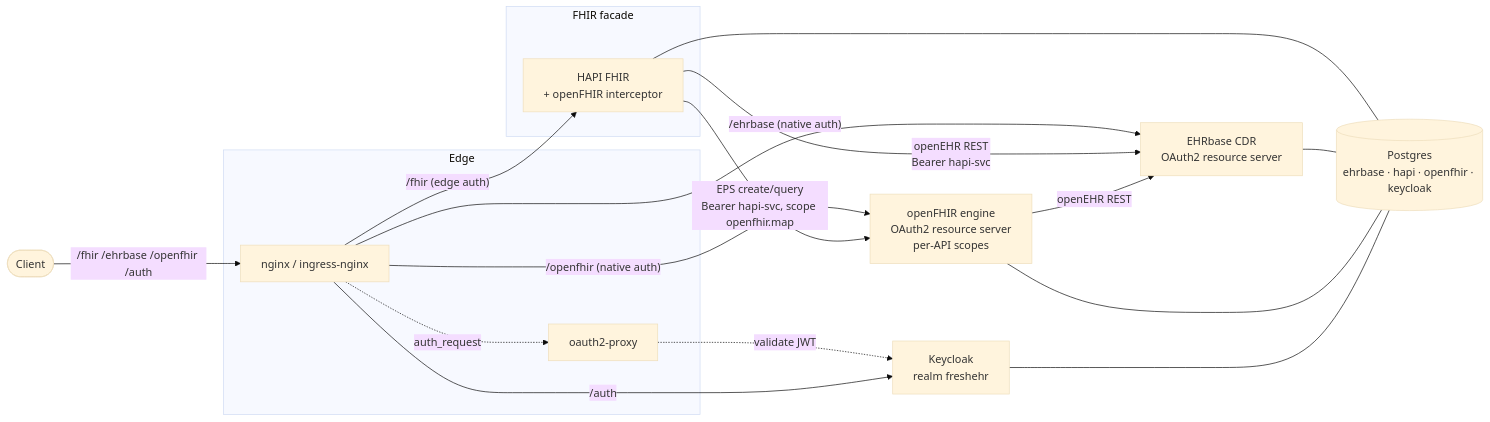
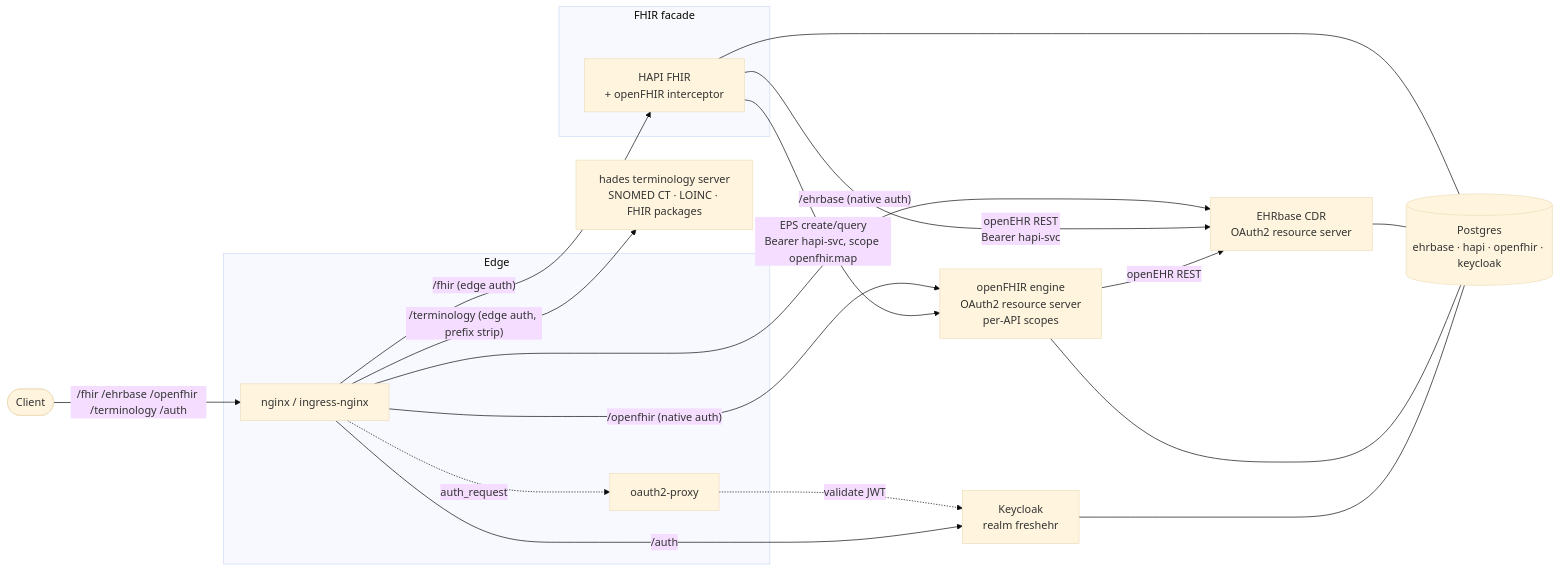
Before and after one commit to joostholslag/Open-health-stack: the diagram in README.md, drawn with Mermaid (base theme). The commit also changed other lines of this file and 20 other files, not shown here.

````diff
--- a/README.md
+++ b/README.md
@@ -33,30 +33,32 @@
 ```mermaid
 flowchart LR
     client([Client])
     subgraph edge[Edge]
         nginx[nginx / ingress-nginx]
         o2p[oauth2-proxy]
     end
     subgraph fhir[FHIR facade]
         hapi[HAPI FHIR<br/>+ openFHIR interceptor]
     end
     kc[Keycloak<br/>realm freshehr]
     openfhir[openFHIR engine<br/>OAuth2 resource server<br/>per-API scopes]
     ehrbase[EHRbase CDR<br/>OAuth2 resource server]
+    hades[hades terminology server<br/>SNOMED CT · LOINC · FHIR packages]
     pg[(Postgres<br/>ehrbase · hapi · openfhir · keycloak)]
 
-client -->|/fhir /ehrbase /openfhir /auth|nginx
+client -->|/fhir /ehrbase /openfhir /terminology /auth|nginx
 nginx -->|"/fhir (edge auth)"|hapi
 nginx -.->|auth_request|o2p
 o2p -.->|validate JWT|kc
 nginx -->|"/ehrbase (native auth)"|ehrbase
 nginx -->|"/openfhir (native auth)"|openfhir
+nginx -->|"/terminology (edge auth, prefix strip)"|hades
 nginx -->|/auth|kc
 hapi -->|"EPS create/query<br/>Bearer hapi-svc, scope openfhir.map"|openfhir
 hapi -->|"openEHR REST<br/>Bearer hapi-svc"|ehrbase
 openfhir -->|openEHR REST|ehrbase
 hapi --- pg
 ehrbase --- pg
 openfhir --- pg
 kc --- pg
 ```
````
